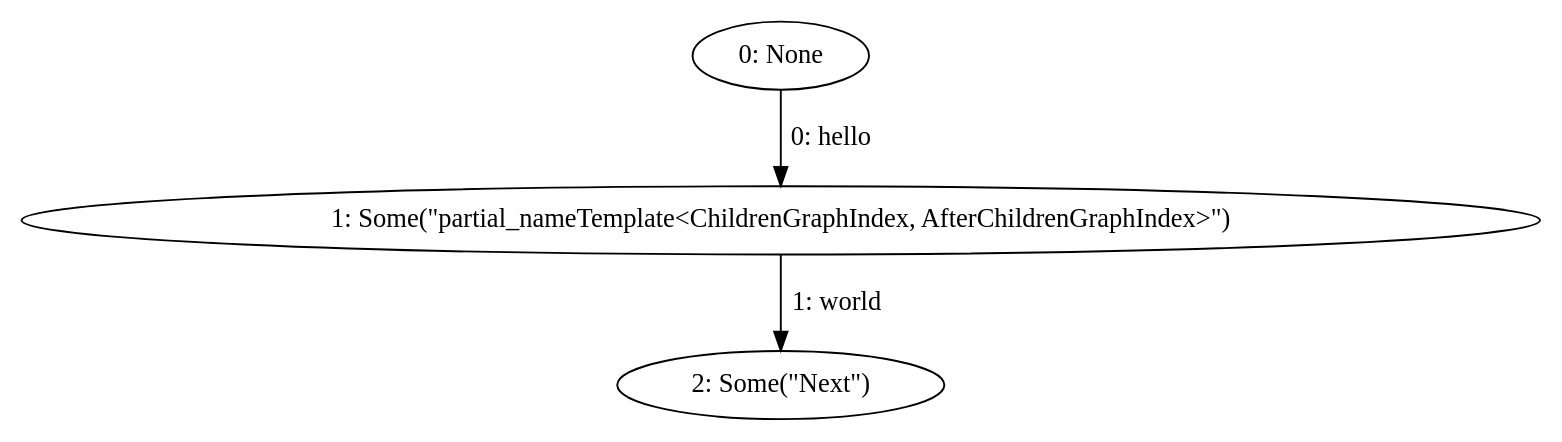
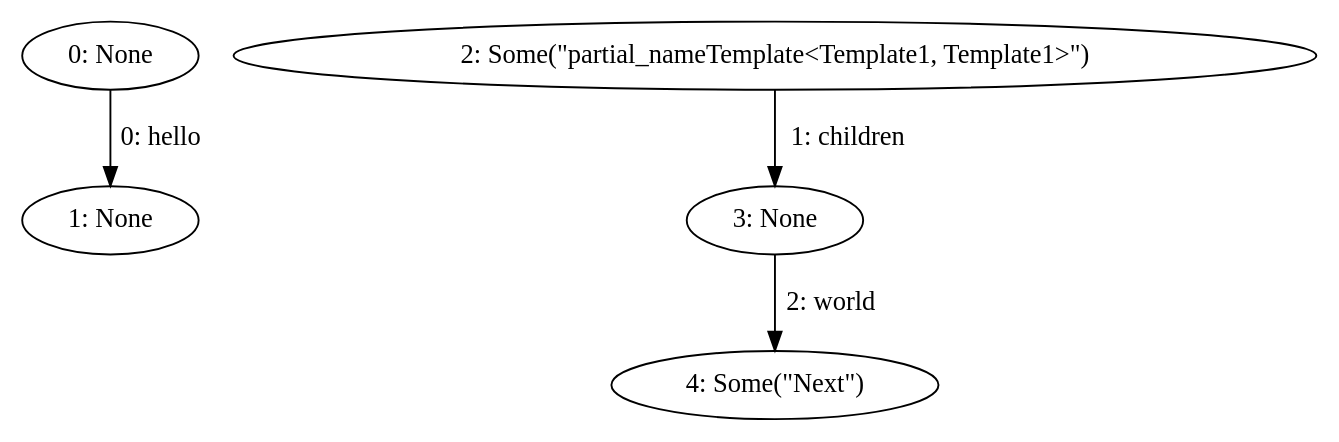
The diagram in partial_block.dot (mohe2015/zero-cost-templating), drawn with Graphviz before and after one commit. The commit also changed 1 other file, not shown here.

```diff
--- a/partial_block.dot
+++ b/partial_block.dot
@@ -1,7 +1,10 @@
 digraph {
     0 [ label = "0: None" ]
-    1 [ label = "1: Some(\"partial_nameTemplate<ChildrenGraphIndex, AfterChildrenGraphIndex>\")" ]
-    2 [ label = "2: Some(\"Next\")" ]
+    1 [ label = "1: None" ]
+    2 [ label = "2: Some(\"partial_nameTemplate<Template1, Template1>\")" ]
+    3 [ label = "3: None" ]
+    4 [ label = "4: Some(\"Next\")" ]
     0 -> 1 [ label = "0: hello" ]
-    1 -> 2 [ label = "1: world" ]
+    2 -> 3 [ label = "1: children" ]
+    3 -> 4 [ label = "2: world" ]
 }
```
